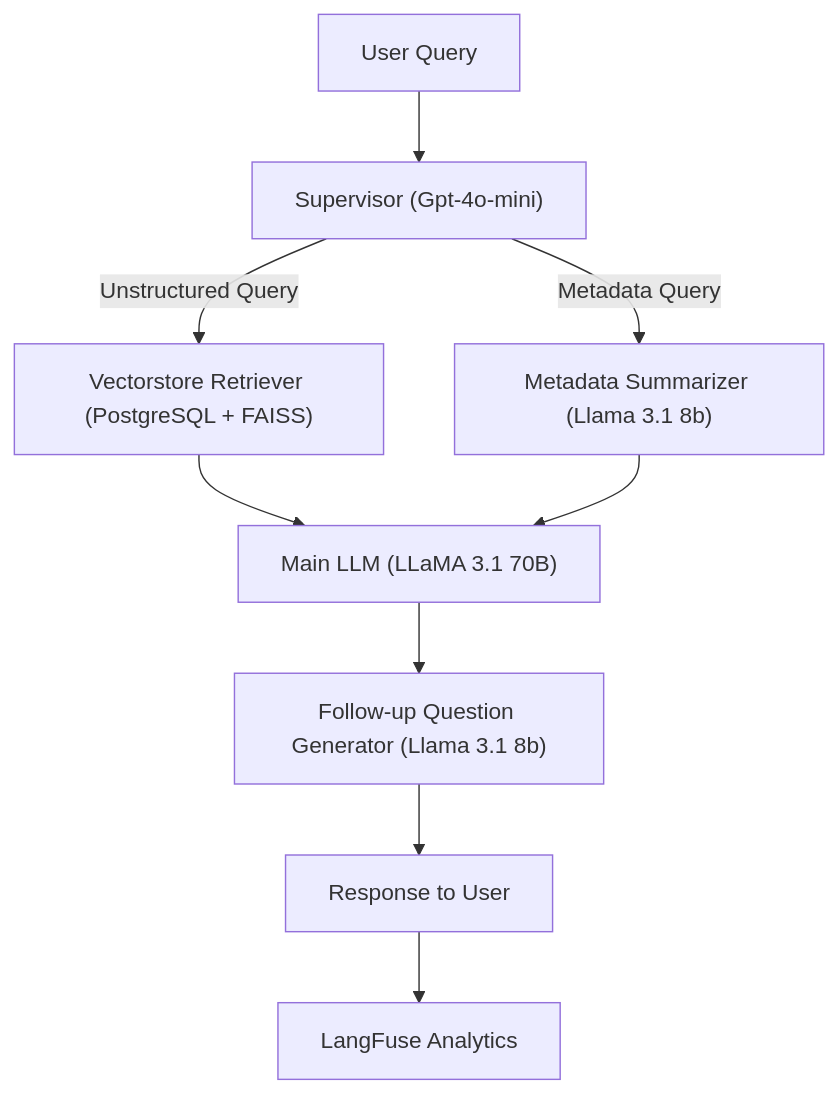
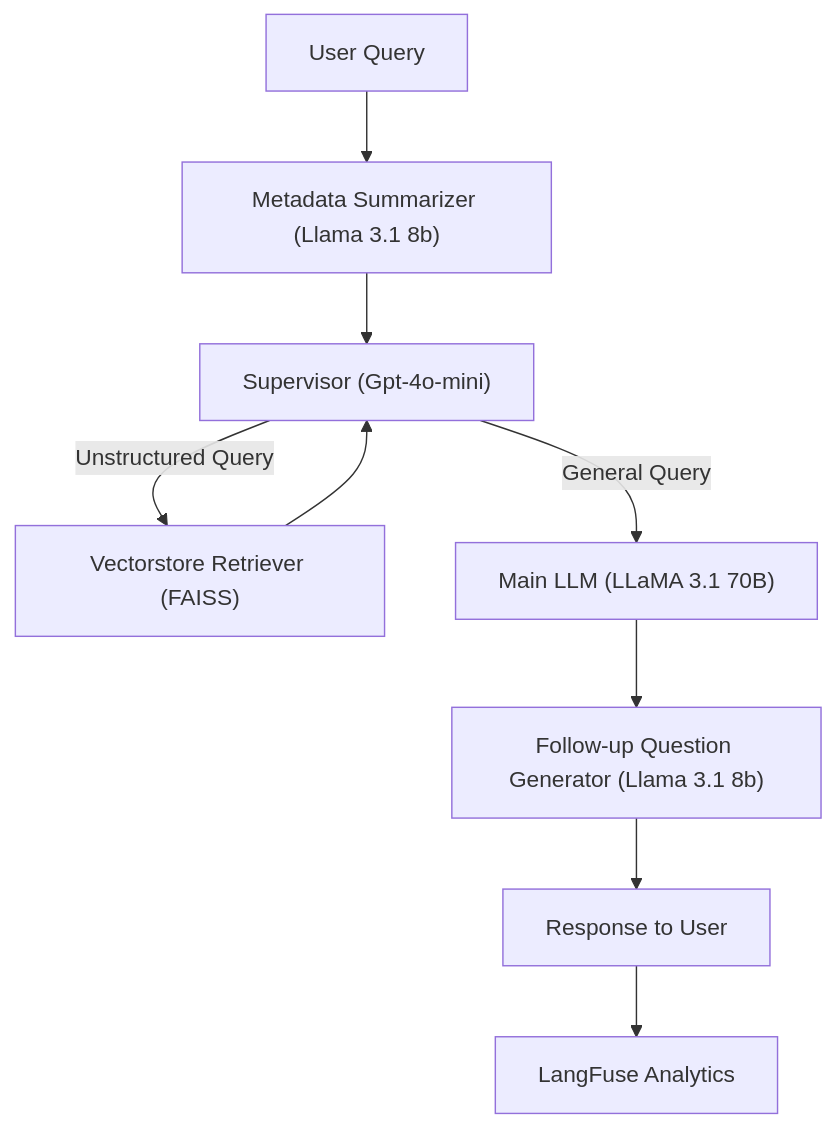
The diagram in readme/01_BASE_MODEL.md (Henil-08/Verta-eCom-Chatbot), drawn with Mermaid before and after one commit. The commit also changed other lines of this file and 25 other files, not shown here.

````diff
--- a/readme/01_BASE_MODEL.md
+++ b/readme/01_BASE_MODEL.md
@@ -28,12 +28,12 @@
 ```mermaid
 flowchart TD
     start[User Query]
-    start --> supervisor["Supervisor (Gpt-4o-mini)"]
-    supervisor -->|Metadata Query| summarizer["Metadata Summarizer (Llama 3.1 8b)"]
-    supervisor -->|Unstructured Query| vectorstore["Vectorstore Retriever (PostgreSQL + FAISS)"]
-    vectorstore --> mainllm["Main LLM (LLaMA 3.1 70B)"]
-    summarizer --> mainllm
+    start --> summarizer["Metadata Summarizer (Llama 3.1 8b)"]
+    summarizer["Metadata Summarizer (Llama 3.1 8b)"] --> supervisor["Supervisor (Gpt-4o-mini)"]
+    supervisor -->|Unstructured Query| vectorstore["Vectorstore Retriever (FAISS)"]
+    supervisor -->|General Query| mainllm["Main LLM (LLaMA 3.1 70B)"]
+    vectorstore --> supervisor
     mainllm --> followup["Follow-up Question Generator (Llama 3.1 8b)"]
     followup --> response["Response to User"]
     response --> langfuse["LangFuse Analytics"]
 ```
````
